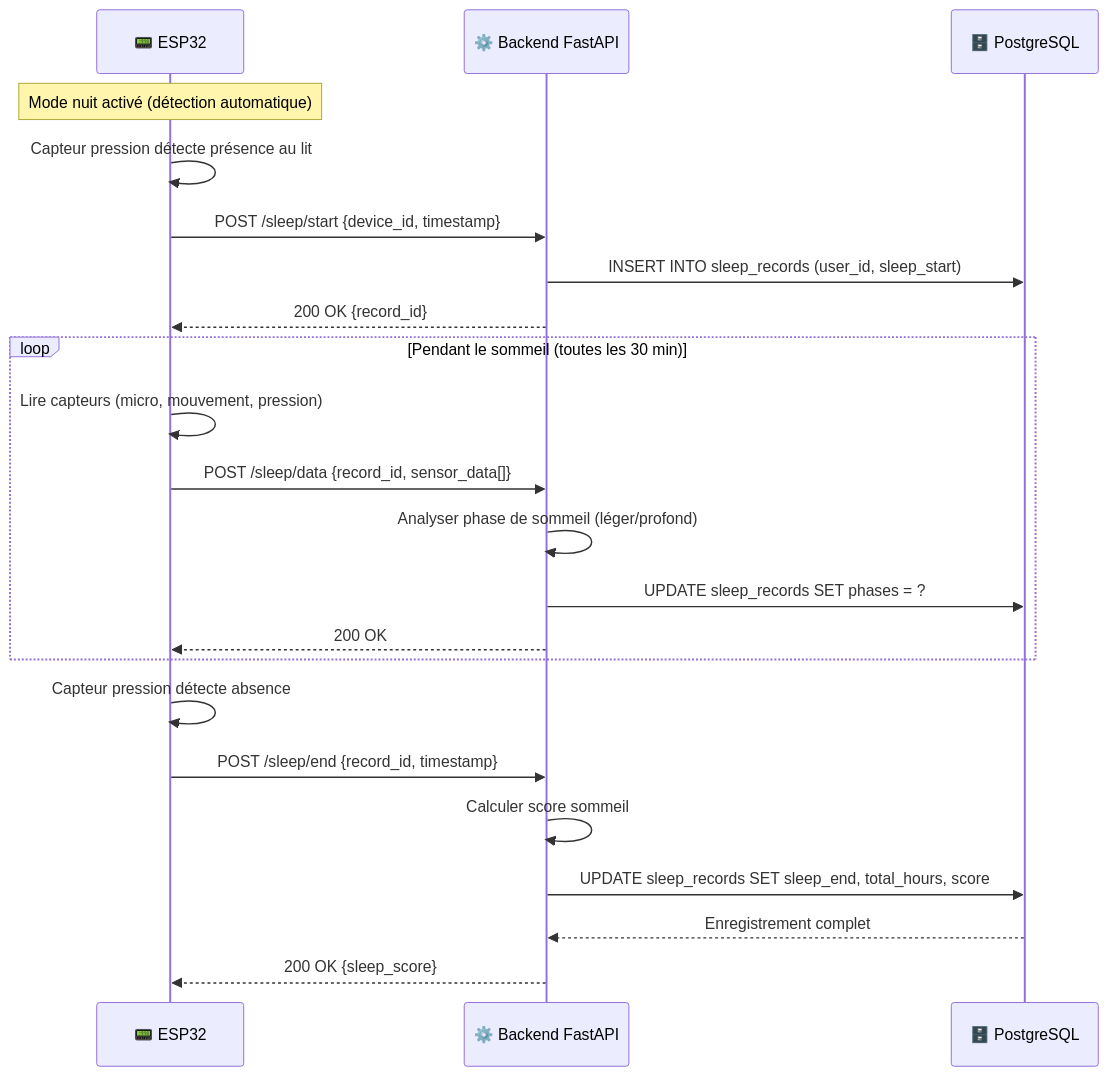
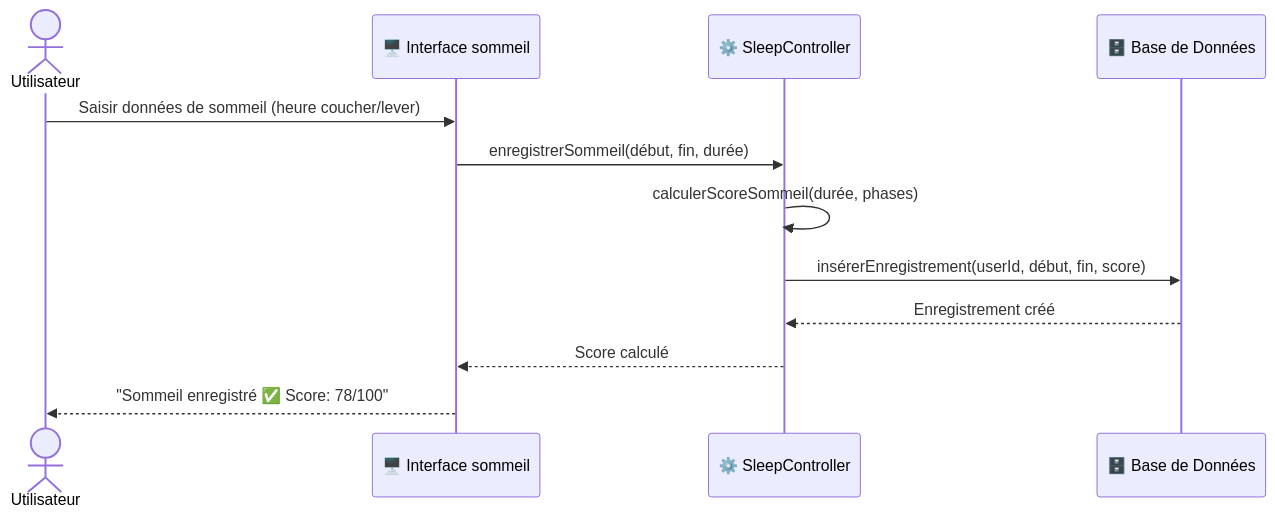
One commit to Jkacem/smart_focus changed diagram 12 of 16 in docs/Conception_DiagrammeSequence.md. Above: the diagram before and after it, drawn with Mermaid. The commit also changed other lines of this file and 93 other files, not shown here.

````diff
--- a/docs/Conception_DiagrammeSequence.md
+++ b/docs/Conception_DiagrammeSequence.md
@@ -517,28 +387,15 @@
 ```mermaid
 sequenceDiagram
-    participant ESP as 📟 ESP32
-    participant API as ⚙️ Backend FastAPI
-    participant DB as 🗄️ PostgreSQL
+    actor Utilisateur
+    participant B as 🖥️ Interface sommeil
+    participant C as ⚙️ SleepController
+    participant E as 🗄️ Base de Données
 
-    Note over ESP: Mode nuit activé (détection automatique)
-    
-    ESP->>ESP: Capteur pression détecte présence au lit
-    ESP->>API: POST /sleep/start {device_id, timestamp}
-    API->>DB: INSERT INTO sleep_records (user_id, sleep_start)
-    API-->>ESP: 200 OK {record_id}
-    
-    loop Pendant le sommeil (toutes les 30 min)
-        ESP->>ESP: Lire capteurs (micro, mouvement, pression)
-        ESP->>API: POST /sleep/data {record_id, sensor_data[]}
-        API->>API: Analyser phase de sommeil (léger/profond)
-        API->>DB: UPDATE sleep_records SET phases = ?
-        API-->>ESP: 200 OK
-    end
-    
-    ESP->>ESP: Capteur pression détecte absence
-    ESP->>API: POST /sleep/end {record_id, timestamp}
-    API->>API: Calculer score sommeil
-    API->>DB: UPDATE sleep_records SET sleep_end, total_hours, score
-    DB-->>API: Enregistrement complet
-    API-->>ESP: 200 OK {sleep_score}
+    Utilisateur->>B: Saisir données de sommeil (heure coucher/lever)
+    B->>C: enregistrerSommeil(début, fin, durée)
+    C->>C: calculerScoreSommeil(durée, phases)
+    C->>E: insérerEnregistrement(userId, début, fin, score)
+    E-->>C: Enregistrement créé
+    C-->>B: Score calculé
+    B-->>Utilisateur: "Sommeil enregistré ✅ Score: 78/100"
 ```
````
